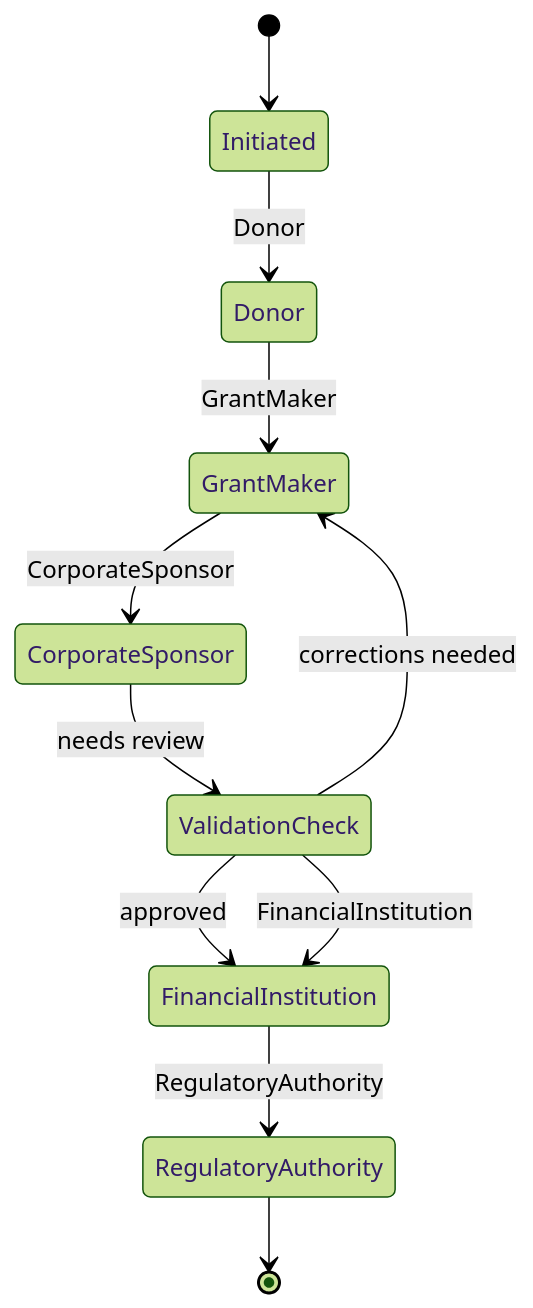
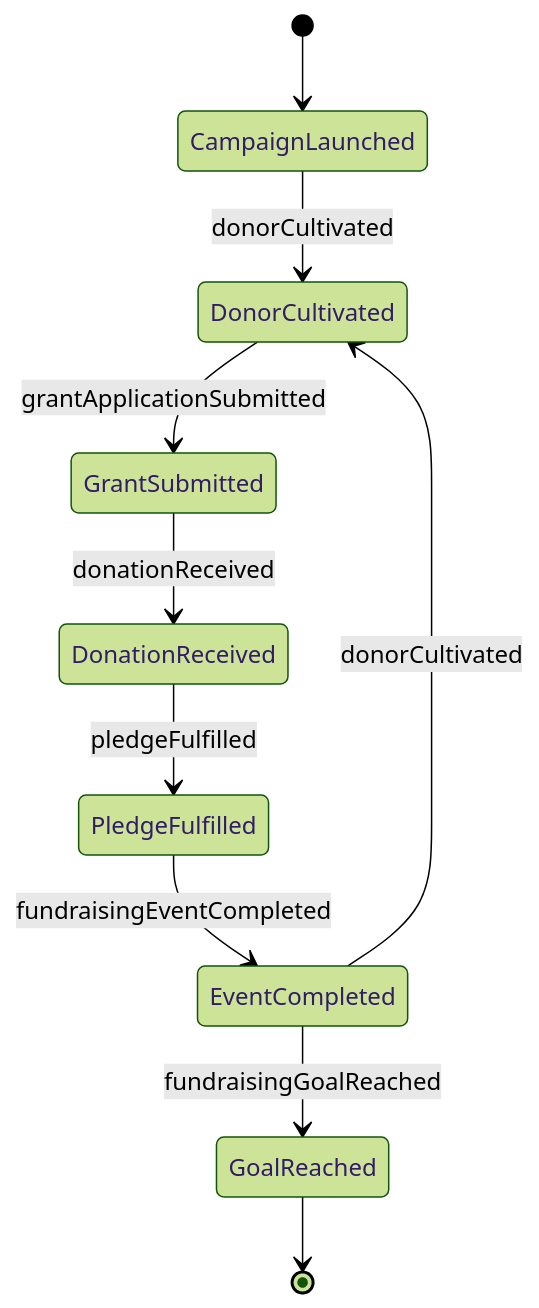
Before and after one commit to dot-org-ai/tasks.org.ai: the second of 4 diagrams in GuidingDirectingAndMotivatingSubordinates/ManageBudgetsOrFinances/DirectFundraisingFinancingActivities.mdx, drawn with Mermaid (forest theme). The commit also changed other lines of this file and 515 other files, not shown here.

````diff
--- a/GuidingDirectingAndMotivatingSubordinates/ManageBudgetsOrFinances/DirectFundraisingFinancingActivities.mdx
+++ b/GuidingDirectingAndMotivatingSubordinates/ManageBudgetsOrFinances/DirectFundraisingFinancingActivities.mdx
@@ -99,13 +100,12 @@
 ```mermaid
 stateDiagram-v2
-    [*] --> Initiated
-    Initiated --> Donor: Donor
-    Donor --> GrantMaker: GrantMaker
-    GrantMaker --> CorporateSponsor: CorporateSponsor
-    CorporateSponsor --> ValidationCheck: needs review
-    ValidationCheck --> GrantMaker: corrections needed
-    ValidationCheck --> FinancialInstitution: approved
-    ValidationCheck --> FinancialInstitution: FinancialInstitution
-    FinancialInstitution --> RegulatoryAuthority: RegulatoryAuthority
-    RegulatoryAuthority --> [*]
+    [*] --> CampaignLaunched
+    CampaignLaunched --> DonorCultivated : donorCultivated
+    DonorCultivated --> GrantSubmitted : grantApplicationSubmitted
+    GrantSubmitted --> DonationReceived : donationReceived
+    DonationReceived --> PledgeFulfilled : pledgeFulfilled
+    PledgeFulfilled --> EventCompleted : fundraisingEventCompleted
+    EventCompleted --> GoalReached : fundraisingGoalReached
+    EventCompleted --> DonorCultivated : donorCultivated
+    GoalReached --> [*]
 ```
````
